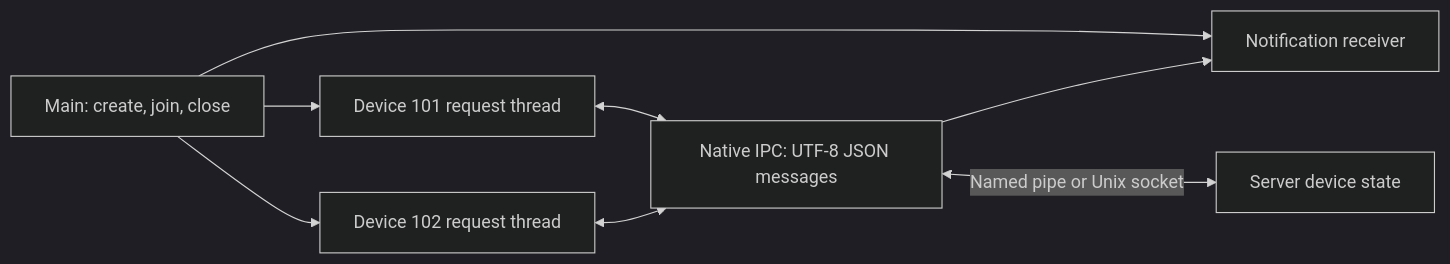
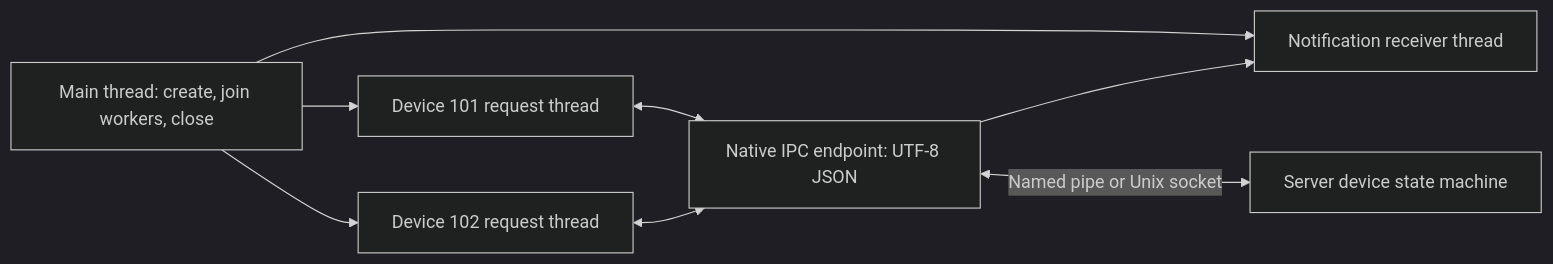
Before and after one commit to HuangX666/hx_c_platform: the diagram in docs/IPC_BUSINESS.md, drawn with Mermaid (dark theme). The commit also changed other lines of this file and 135 other files, not shown here.

````diff
--- a/docs/IPC_BUSINESS.md
+++ b/docs/IPC_BUSINESS.md
@@ -55,10 +64,10 @@
 ```mermaid
 flowchart LR
-    Main[Main: create, join, close] --> A[Device 101 request thread]
+    Main[Main thread: create, join workers, close] --> A[Device 101 request thread]
     Main --> B[Device 102 request thread]
-    Main --> R[Notification receiver]
-    A <--> I[Native IPC: UTF-8 JSON messages]
+    Main --> R[Notification receiver thread]
+    A <--> I[Native IPC endpoint: UTF-8 JSON]
     B <--> I
     I --> R
-    I <-->|Named pipe or Unix socket| S[Server device state]
+    I <-->|Named pipe or Unix socket| S[Server device state machine]
 ```
````
